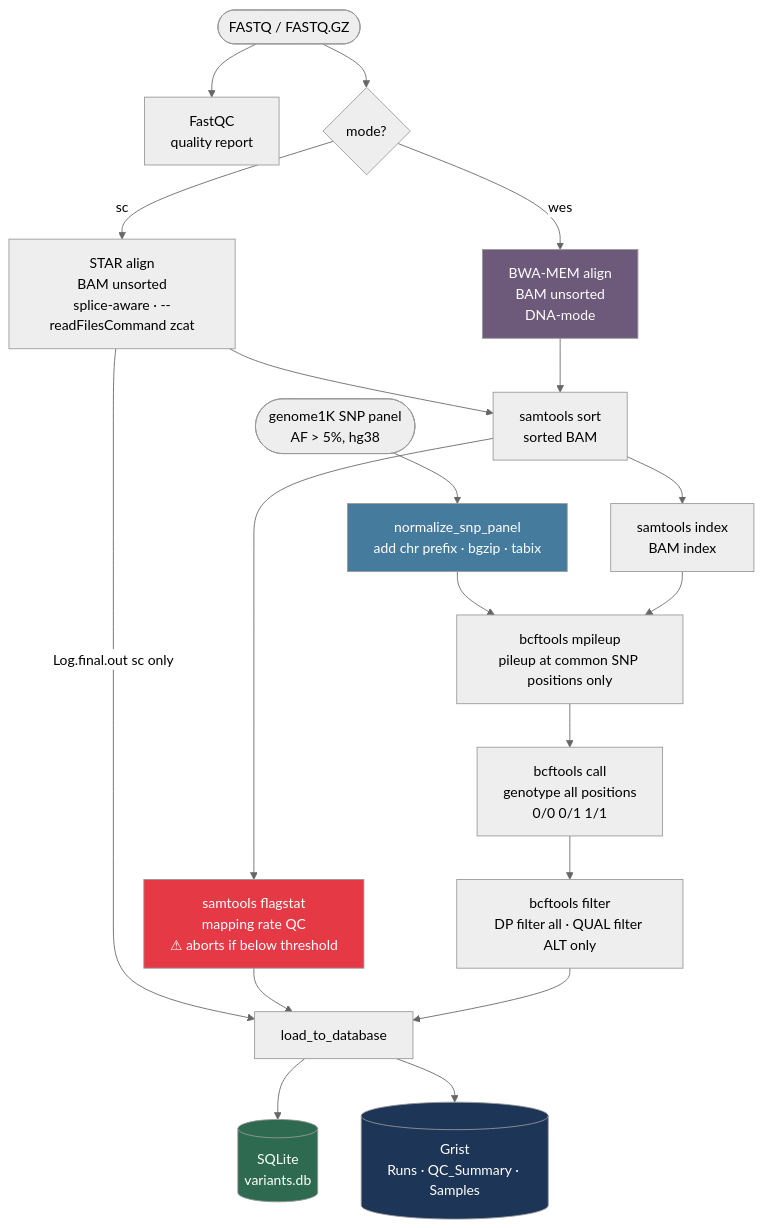
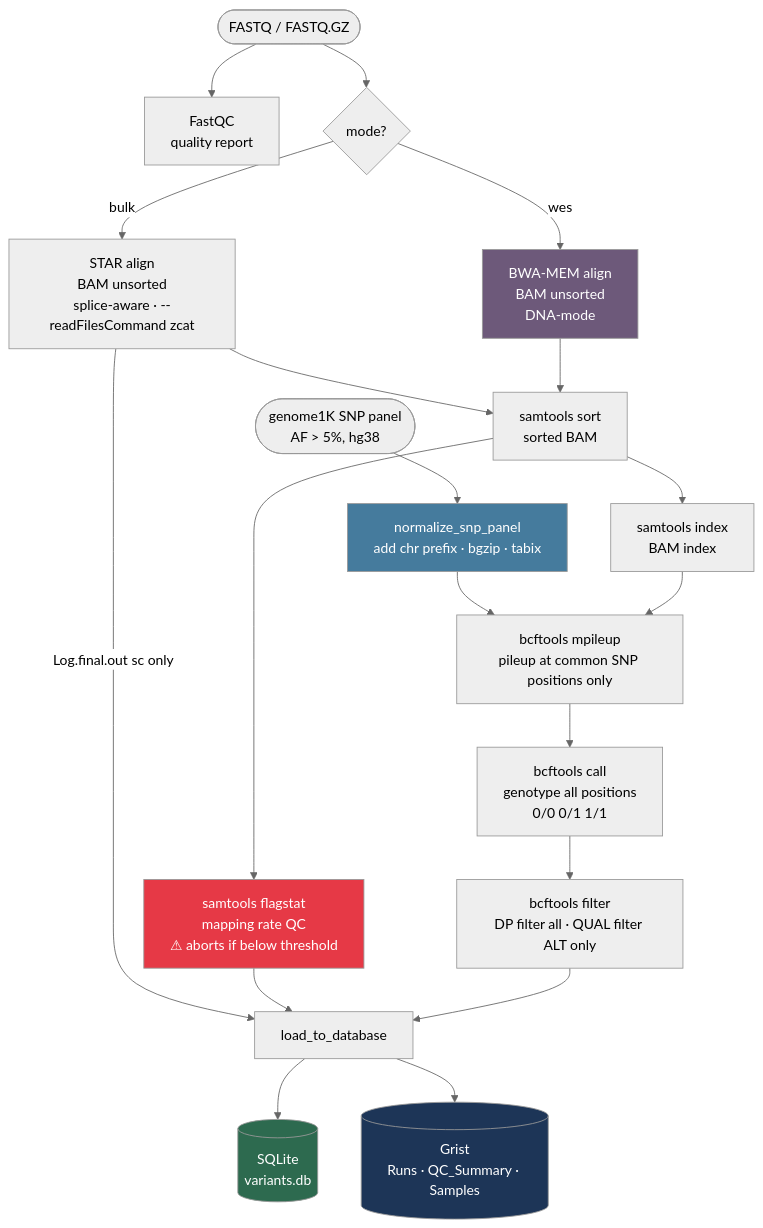
The first of 4 diagrams in README.md (nemethandras/scrna_project), drawn with Mermaid (neutral theme) before and after one commit.

Commit message:
Fix flowchart mode label: sc → bulk to match run_pipeline.py CLI

````diff
--- a/README.md
+++ b/README.md
@@ -12,34 +12,34 @@
 ```mermaid
 flowchart TD
     SNP([genome1K SNP panel\nAF > 5%, hg38])
     SETUP[normalize_snp_panel\nadd chr prefix · bgzip · tabix]
     SNP --> SETUP
 
     A([FASTQ / FASTQ.GZ]) --> B[FastQC\nquality report]
     A --> SC{mode?}
-    SC -->|sc| C[STAR align\nBAM unsorted\nsplice-aware · --readFilesCommand zcat]
+    SC -->|bulk| C[STAR align\nBAM unsorted\nsplice-aware · --readFilesCommand zcat]
     SC -->|wes| CW[BWA-MEM align\nBAM unsorted\nDNA-mode]
 
     C  --> D[samtools sort\nsorted BAM]
     CW --> D
     D --> E[samtools index\nBAM index]
     D --> F[samtools flagstat\nmapping rate QC\n⚠ aborts if below threshold]
 
     SETUP --> G
     E --> G[bcftools mpileup\npileup at common SNP positions only]
     G --> H[bcftools call\ngenotype all positions\n0/0  0/1  1/1]
     H --> I[bcftools filter\nDP filter all · QUAL filter ALT only]
 
     C -->|Log.final.out sc only| J
     F --> J
     I --> J[load_to_database]
 
     J --> K[(SQLite\nvariants.db)]
     J --> L[(Grist\nRuns · QC_Summary · Samples)]
 
     style K fill:#2d6a4f,color:#fff
     style L fill:#1d3557,color:#fff
     style F fill:#e63946,color:#fff
     style SETUP fill:#457b9d,color:#fff
     style CW fill:#6d597a,color:#fff
 ```
````
